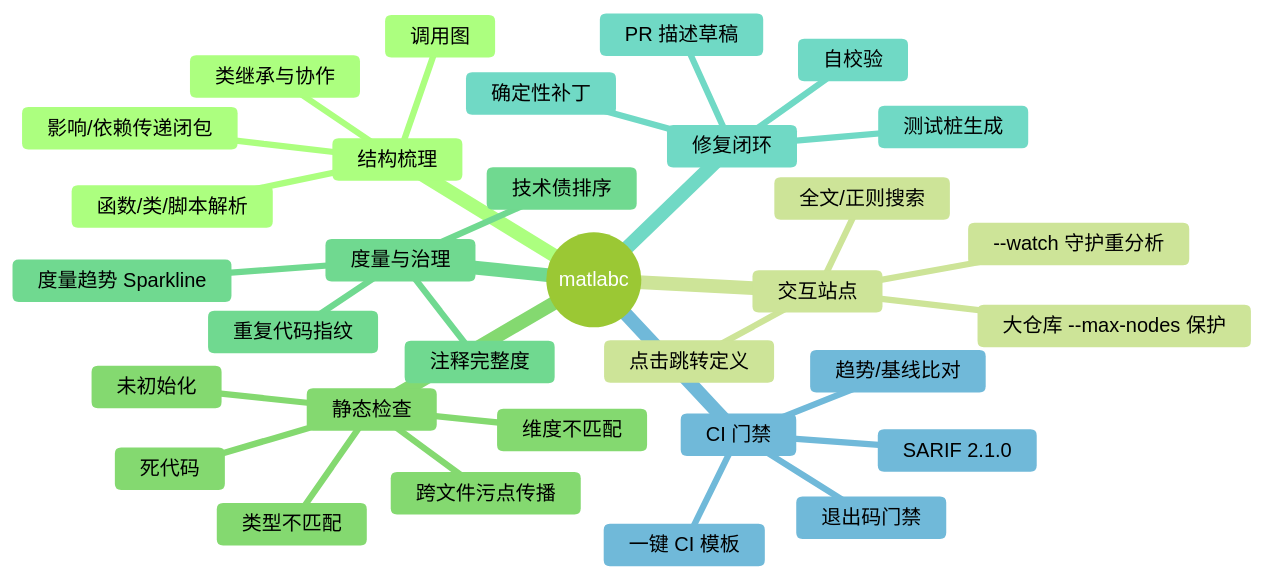
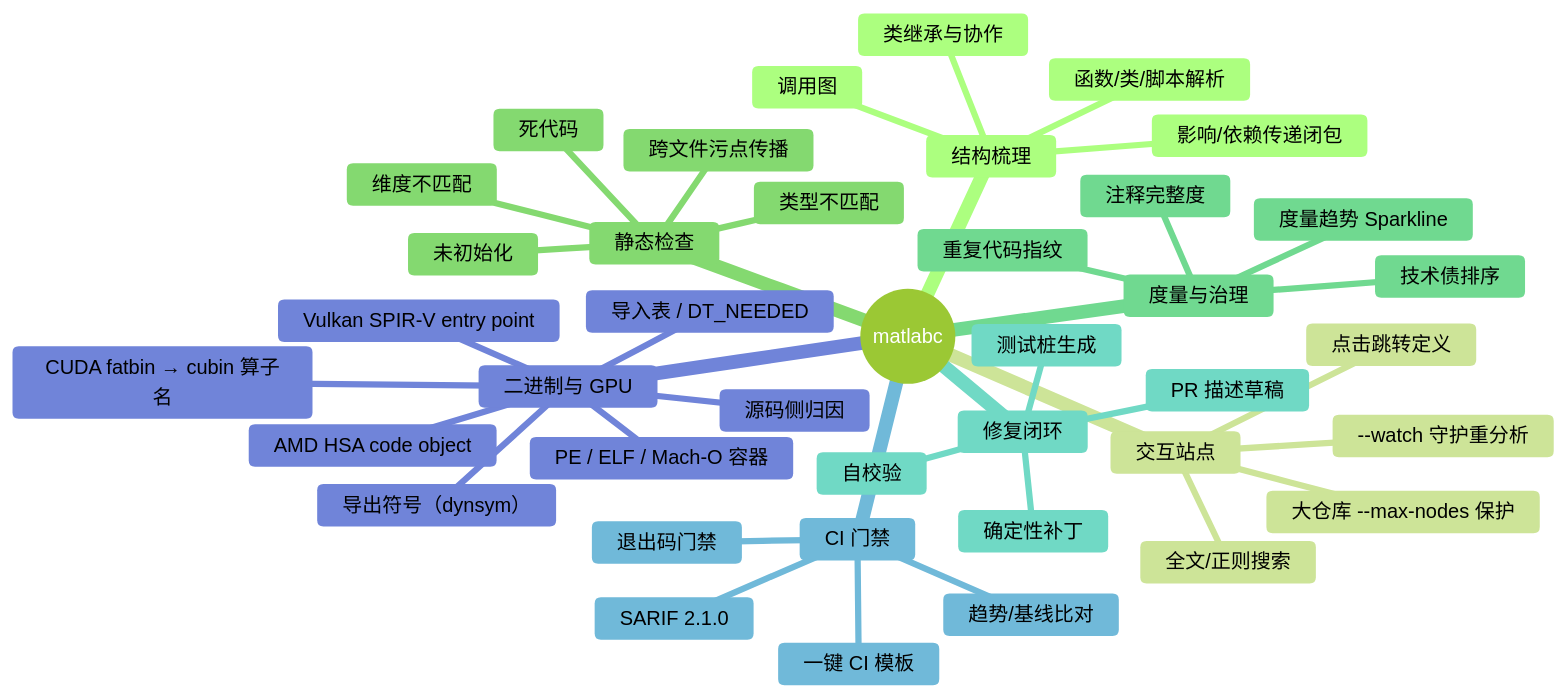
Before and after one commit to pony-029/malabc: the first of 5 diagrams in README_CN.md, drawn with Mermaid (forest theme). The commit also changed other lines of this file and 34 other files, not shown here.

````diff
--- a/README_CN.md
+++ b/README_CN.md
@@ -46,35 +49,43 @@
 ```mermaid
 mindmap
   root((matlabc))
     结构梳理
       函数/类/脚本解析
       调用图
       类继承与协作
       影响/依赖传递闭包
     交互站点
       点击跳转定义
       全文/正则搜索
       --watch 守护重分析
       大仓库 --max-nodes 保护
     静态检查
       未初始化
       类型不匹配
       死代码
       维度不匹配
       跨文件污点传播
     度量与治理
       技术债排序
       注释完整度
       重复代码指纹
       度量趋势 Sparkline
     修复闭环
       确定性补丁
       自校验
       测试桩生成
       PR 描述草稿
     CI 门禁
       SARIF 2.1.0
       退出码门禁
       趋势/基线比对
       一键 CI 模板
+    二进制与 GPU
+      PE / ELF / Mach-O 容器
+      导入表 / DT_NEEDED
+      导出符号（dynsym）
+      CUDA fatbin → cubin 算子名
+      AMD HSA code object
+      Vulkan SPIR-V entry point
+      源码侧归因
 ```
````
